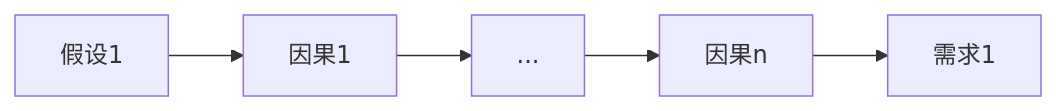
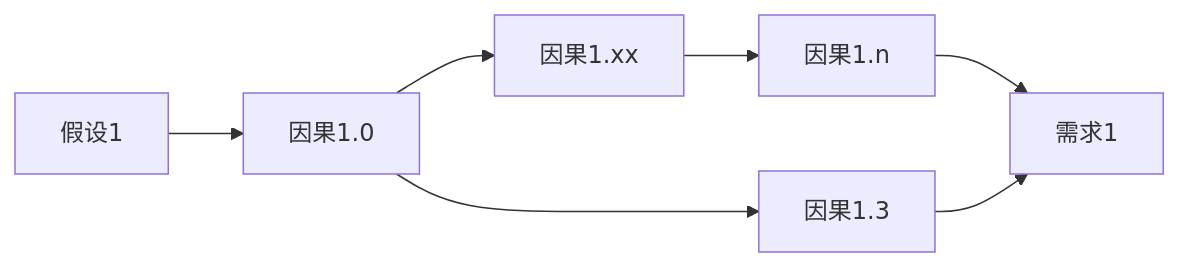
One commit to Coordinate35/summary changed the second of 2 diagrams in 2021-09-21 关于项目管理/关于项目管理.md. Above: the diagram before and after it, drawn with Mermaid. The commit also changed other lines of this file, not shown here.

````diff
--- a/2021-09-21 关于项目管理/关于项目管理.md
+++ b/2021-09-21 关于项目管理/关于项目管理.md
@@ -21,4 +32,5 @@
 ```mermaid
 graph LR
-假设1 --> 因果1 --> ... --> 因果n --> 需求1
+假设1 --> 因果1.0 --> 因果1.xx --> 因果1.n --> 需求1
+因果1.0 --> 因果1.3 --> 需求1
 ```
````
